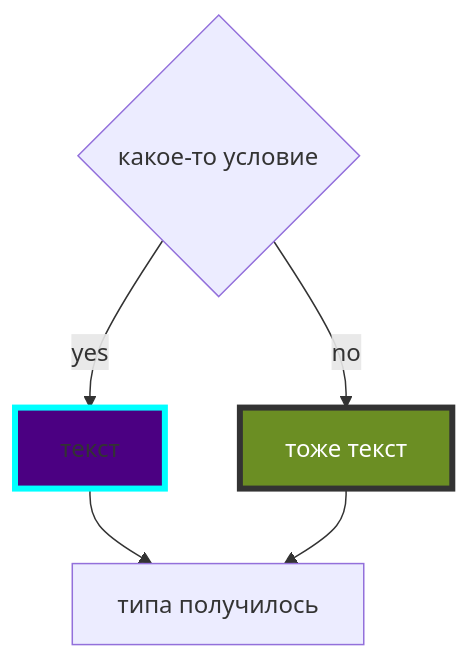
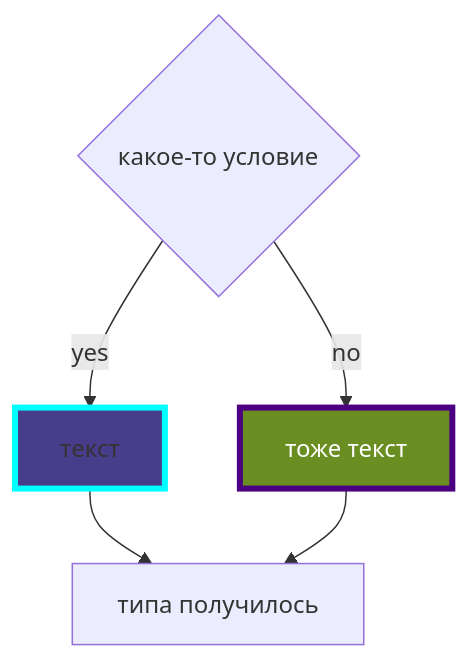
Before and after one commit to SofiiaBobr5565/Mermaid_syntax_hints_for_md: the sixth of 7 diagrams in README.md, drawn with Mermaid.

````diff
--- a/README.md
+++ b/README.md
@@ -63,8 +63,8 @@
 ```mermaid
 flowchart TB
-style i1 fill:#4B0082,stroke:#00FFFF,stroke-width:4px
-style i2 fill:#6B8E23,stroke:#333,stroke-width:4px,color:#FFFFFF
+style i1 fill:#483D8B,stroke:#00FFFF,stroke-width:4px
+style i2 fill:#6B8E23,stroke:#4B0082,stroke-width:4px,color:#FFFFFF
 b{какое-то условие}
 b--> |yes|i1["текст"]--> i3["типа получилось"]
 b--> |no|i2["тоже текст"]--> i3
 ```
````
